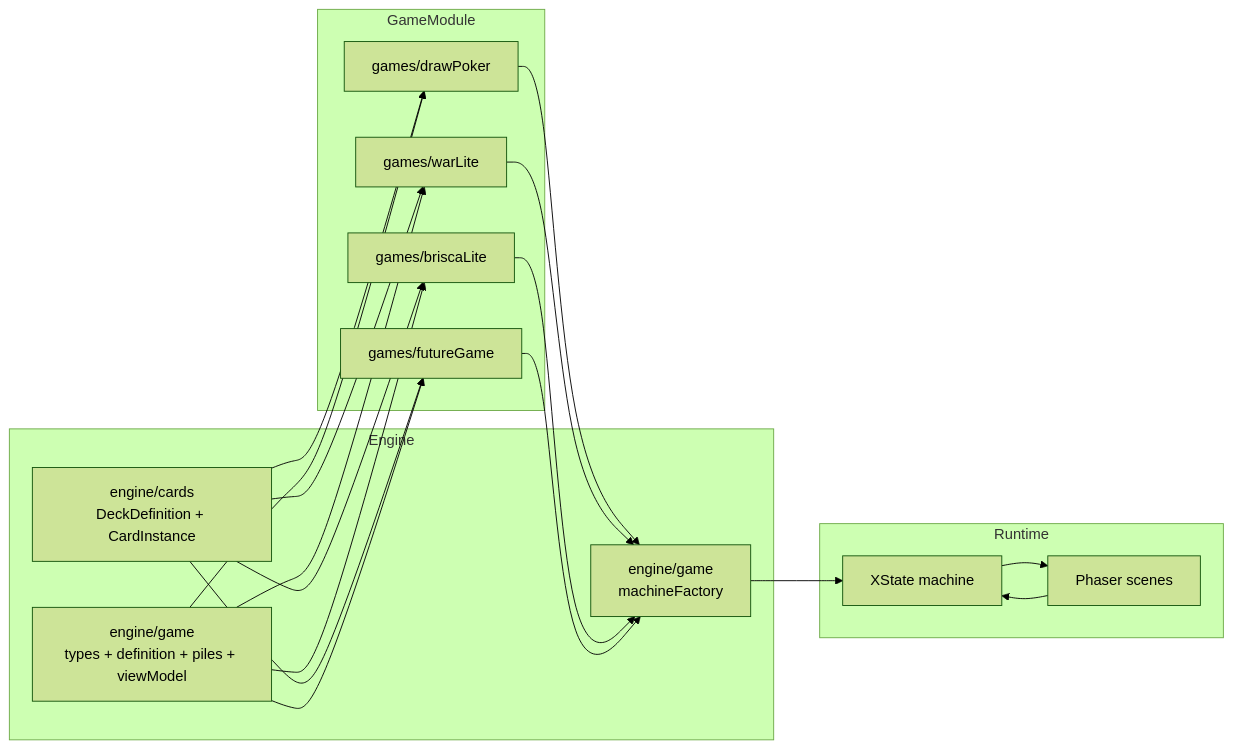
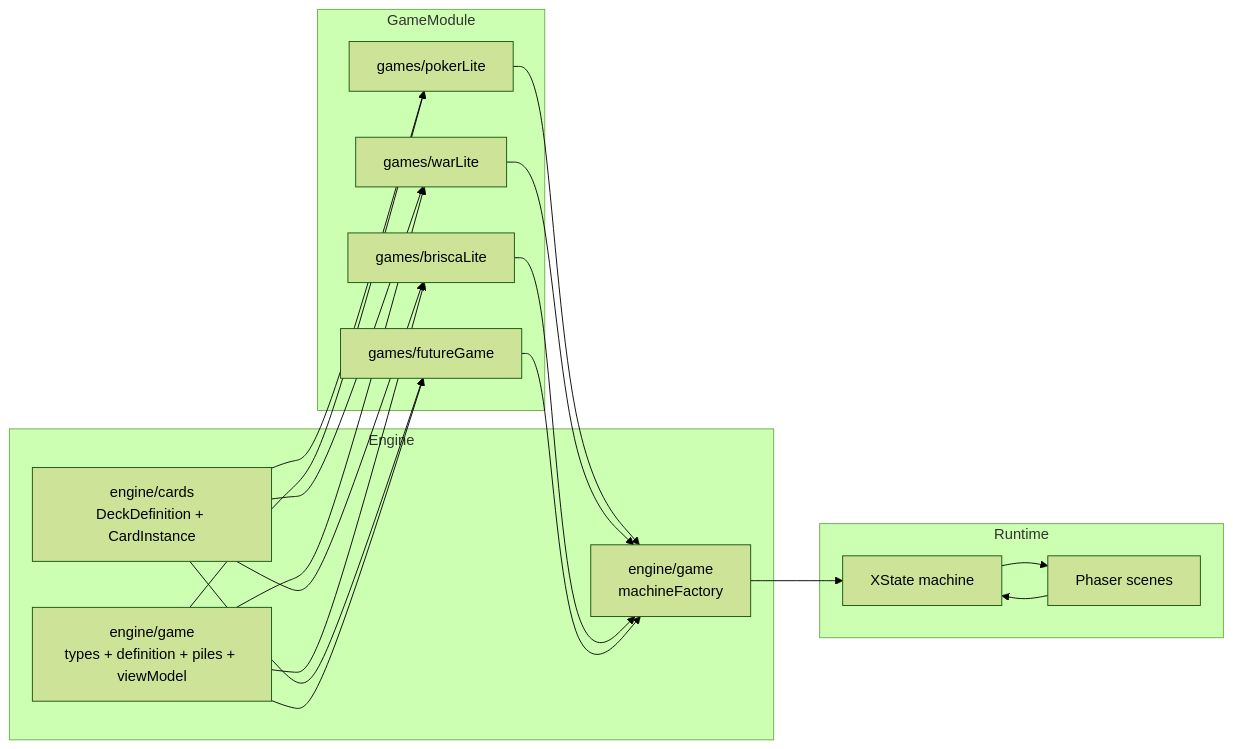
One commit to yuvala/card-game-platform changed the first of 4 diagrams in docs/rewrite-architecture.md. Above: the diagram before and after it, drawn with Mermaid (forest theme). The commit also changed other lines of this file and 16 other files, not shown here.

Commit message:
refactor: rename poker lite module

````diff
--- a/docs/rewrite-architecture.md
+++ b/docs/rewrite-architecture.md
@@ -95,36 +95,36 @@
 ```mermaid
 flowchart LR
     subgraph Engine
         Cards[engine/cards<br/>DeckDefinition + CardInstance]
         GameCore[engine/game<br/>types + definition + piles + viewModel]
         MachineFactory[engine/game<br/>machineFactory]
     end
 
     subgraph GameModule
-        DrawPoker[games/drawPoker]
+        PokerLite[games/pokerLite]
         WarLite[games/warLite]
         BriscaLite[games/briscaLite]
         FutureGame[games/futureGame]
     end
 
     subgraph Runtime
         Machine[XState machine]
         Scenes[Phaser scenes]
     end
 
-    Cards --> DrawPoker
+    Cards --> PokerLite
     Cards --> WarLite
     Cards --> BriscaLite
     Cards --> FutureGame
-    GameCore --> DrawPoker
+    GameCore --> PokerLite
     GameCore --> WarLite
     GameCore --> BriscaLite
     GameCore --> FutureGame
-    DrawPoker --> MachineFactory
+    PokerLite --> MachineFactory
     WarLite --> MachineFactory
     BriscaLite --> MachineFactory
     FutureGame --> MachineFactory
     MachineFactory --> Machine
     Scenes --> Machine
     Machine --> Scenes
 ```
````
